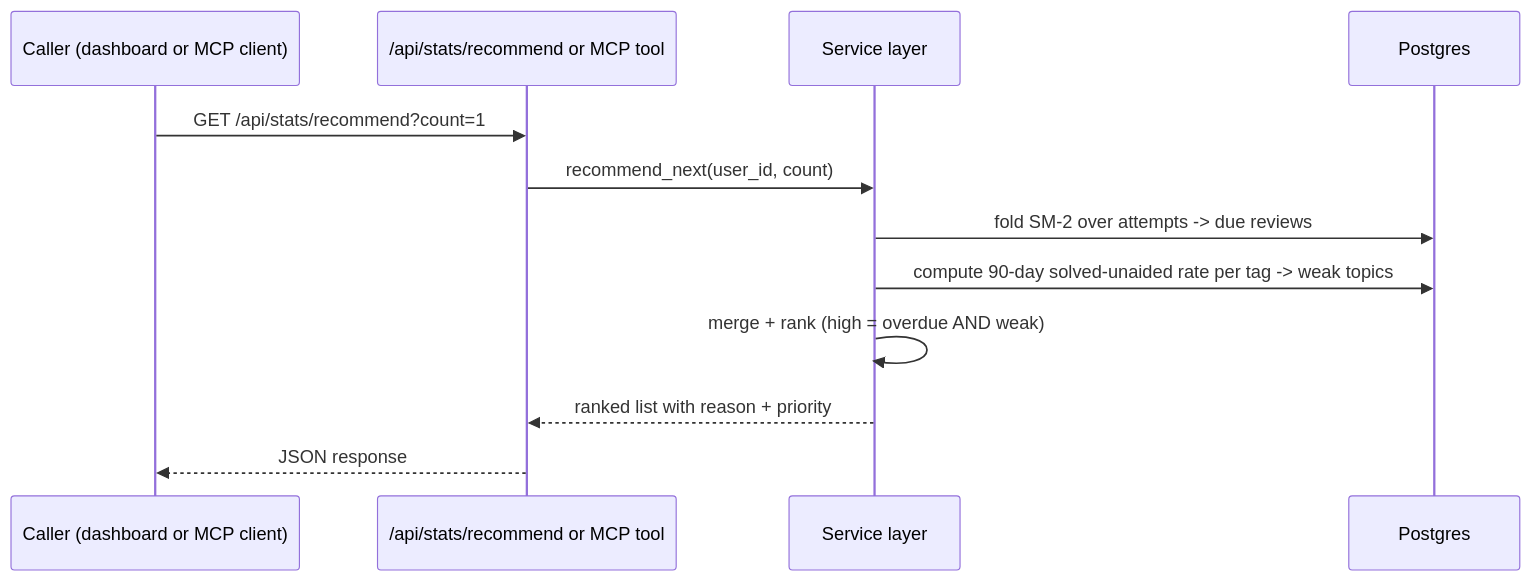
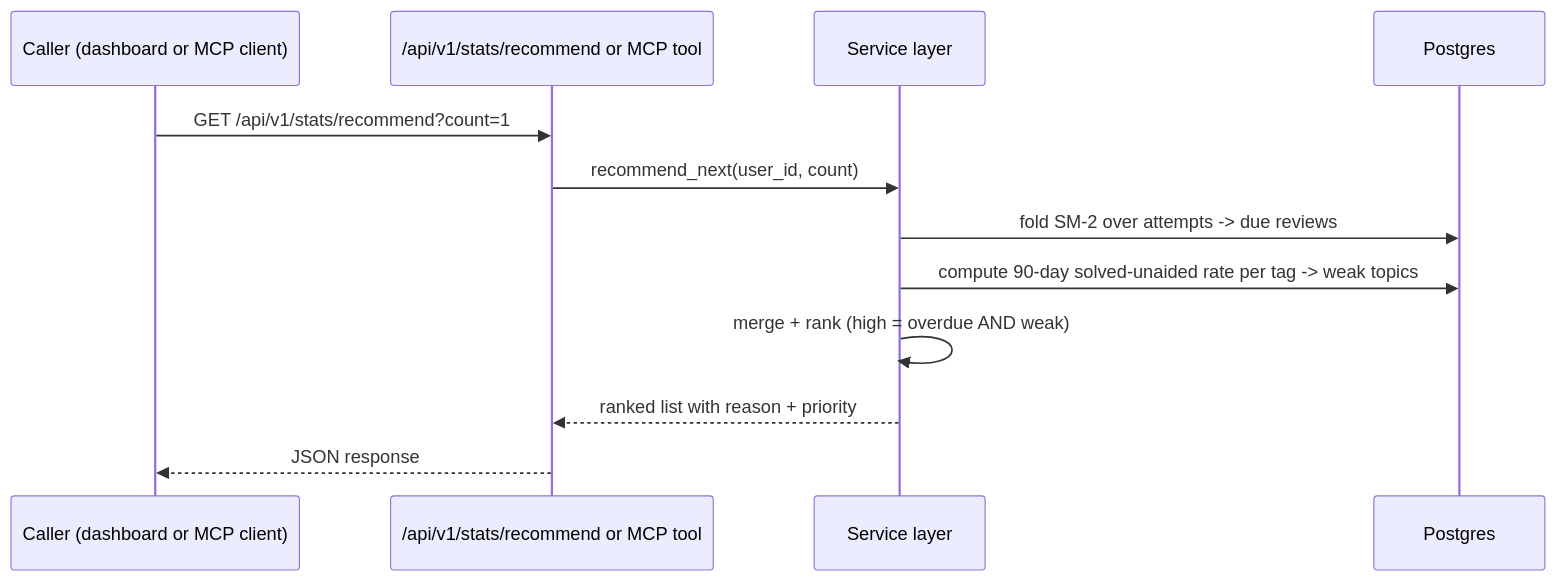
Before and after one commit to trimoyee-g/AlgoLog: the fourth of 5 diagrams in docs/architecture.md, drawn with Mermaid. The commit also changed other lines of this file and 20 other files, not shown here.

````diff
--- a/docs/architecture.md
+++ b/docs/architecture.md
@@ -117,15 +117,15 @@
 ```mermaid
 sequenceDiagram
     participant C as Caller (dashboard or MCP client)
-    participant API as /api/stats/recommend or MCP tool
+    participant API as /api/v1/stats/recommend or MCP tool
     participant Svc as Service layer
     participant DB as Postgres
 
-    C->>API: GET /api/stats/recommend?count=1
+    C->>API: GET /api/v1/stats/recommend?count=1
     API->>Svc: recommend_next(user_id, count)
     Svc->>DB: fold SM-2 over attempts -> due reviews
     Svc->>DB: compute 90-day solved-unaided rate per tag -> weak topics
     Svc->>Svc: merge + rank (high = overdue AND weak)
     Svc-->>API: ranked list with reason + priority
     API-->>C: JSON response
 ```
````
